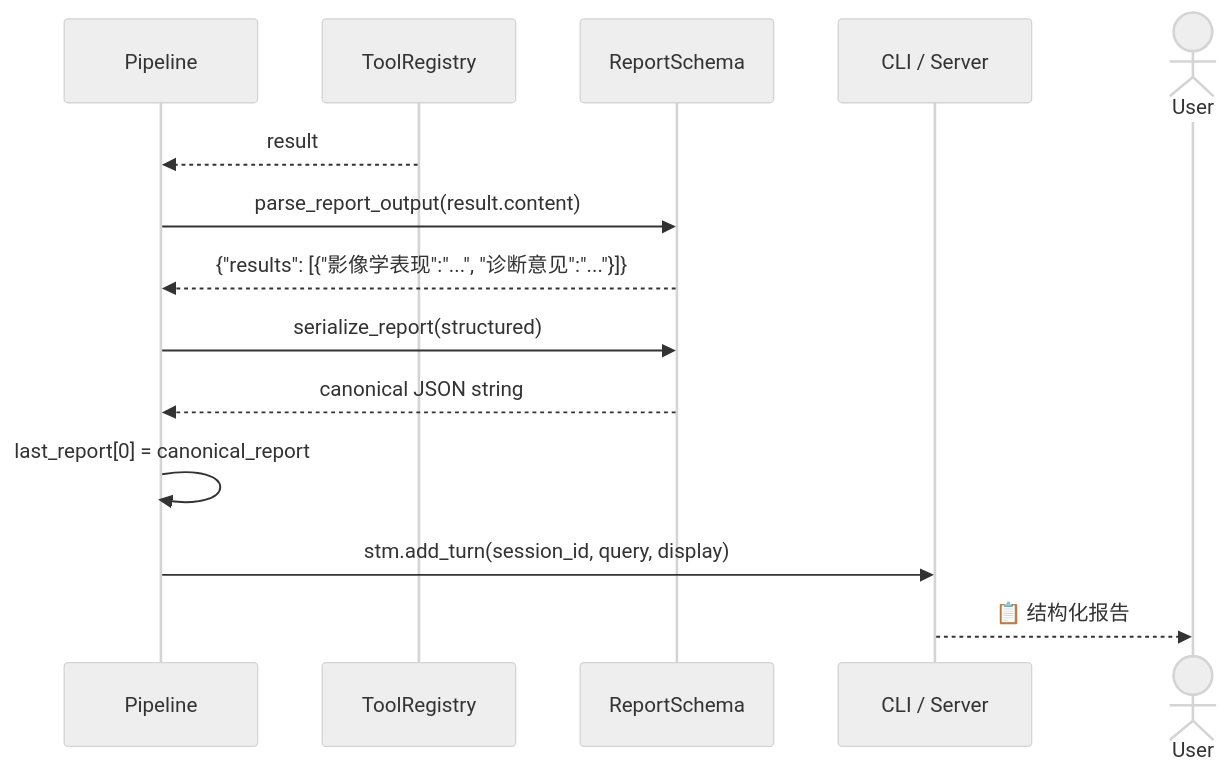
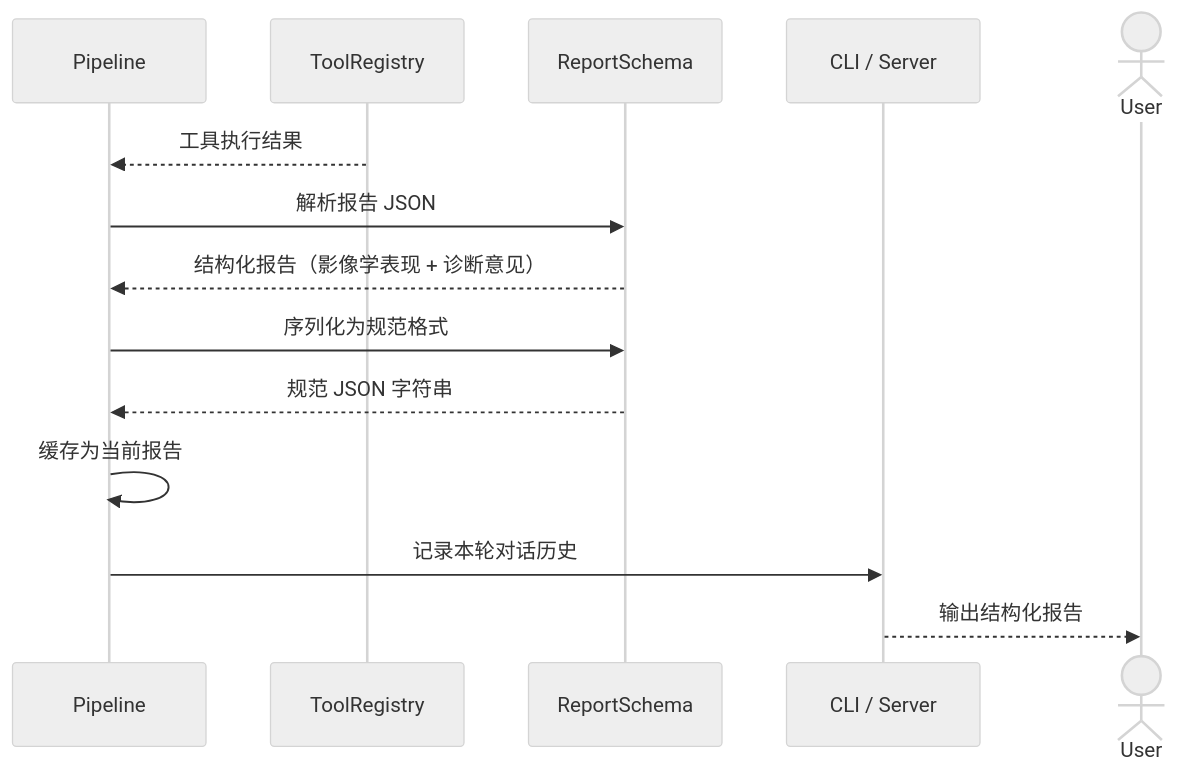
Before and after one commit to cw12309/report-generation: the diagram in docs/uml/04_phase3_postprocess.md, drawn with Mermaid (neutral theme). The commit also changed 9 other files, not shown here.

````diff
--- a/docs/uml/04_phase3_postprocess.md
+++ b/docs/uml/04_phase3_postprocess.md
@@ -3,20 +3,20 @@
 ```mermaid
 sequenceDiagram
     participant Pipe as Pipeline
     participant TR as ToolRegistry
     participant RS as ReportSchema
     participant CLI as CLI / Server
     actor User
 
-    TR-->>Pipe: result
+    TR-->>Pipe: 工具执行结果
 
-    Pipe->>RS: parse_report_output(result.content)
-    RS-->>Pipe: {"results": [{"影像学表现":"...", "诊断意见":"..."}]}
+    Pipe->>RS: 解析报告 JSON
+    RS-->>Pipe: 结构化报告（影像学表现 + 诊断意见）
 
-    Pipe->>RS: serialize_report(structured)
-    RS-->>Pipe: canonical JSON string
+    Pipe->>RS: 序列化为规范格式
+    RS-->>Pipe: 规范 JSON 字符串
 
-    Pipe->>Pipe: last_report[0] = canonical_report
-    Pipe->>CLI: stm.add_turn(session_id, query, display)
-    CLI-->>User: 📋 结构化报告
+    Pipe->>Pipe: 缓存为当前报告
+    Pipe->>CLI: 记录本轮对话历史
+    CLI-->>User: 输出结构化报告
 ```
````
